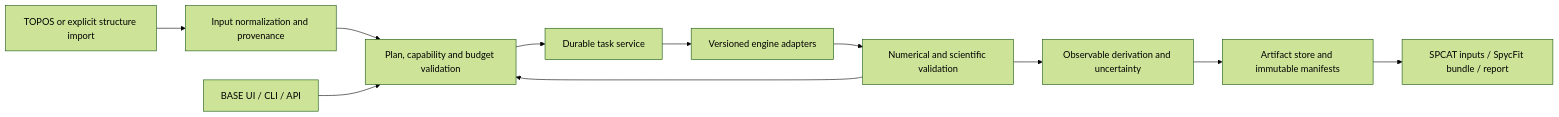
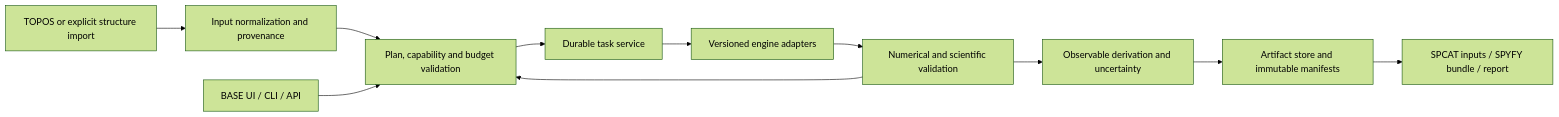
The diagram in docs/wiki/CoChem-TORQ_Implementation_SRS.md (ProfJJK-CoChem/CoChem-TORQ), drawn with Mermaid (forest theme) before and after one commit. The commit also changed other lines of this file and 26 other files, not shown here.

````diff
--- a/docs/wiki/CoChem-TORQ_Implementation_SRS.md
+++ b/docs/wiki/CoChem-TORQ_Implementation_SRS.md
@@ -86,13 +86,13 @@
 ```mermaid
 flowchart LR
     T[TOPOS or explicit structure import] --> I[Input normalization and provenance]
     I --> P[Plan, capability and budget validation]
     U[BASE UI / CLI / API] --> P
     P --> Q[Durable task service]
     Q --> E[Versioned engine adapters]
     E --> V[Numerical and scientific validation]
     V --> D[Observable derivation and uncertainty]
     V --> P
     D --> S[Artifact store and immutable manifests]
-    S --> X[SPCAT inputs / SpycFit bundle / report]
+    S --> X[SPCAT inputs / SPYFY bundle / report]
 ```
````
